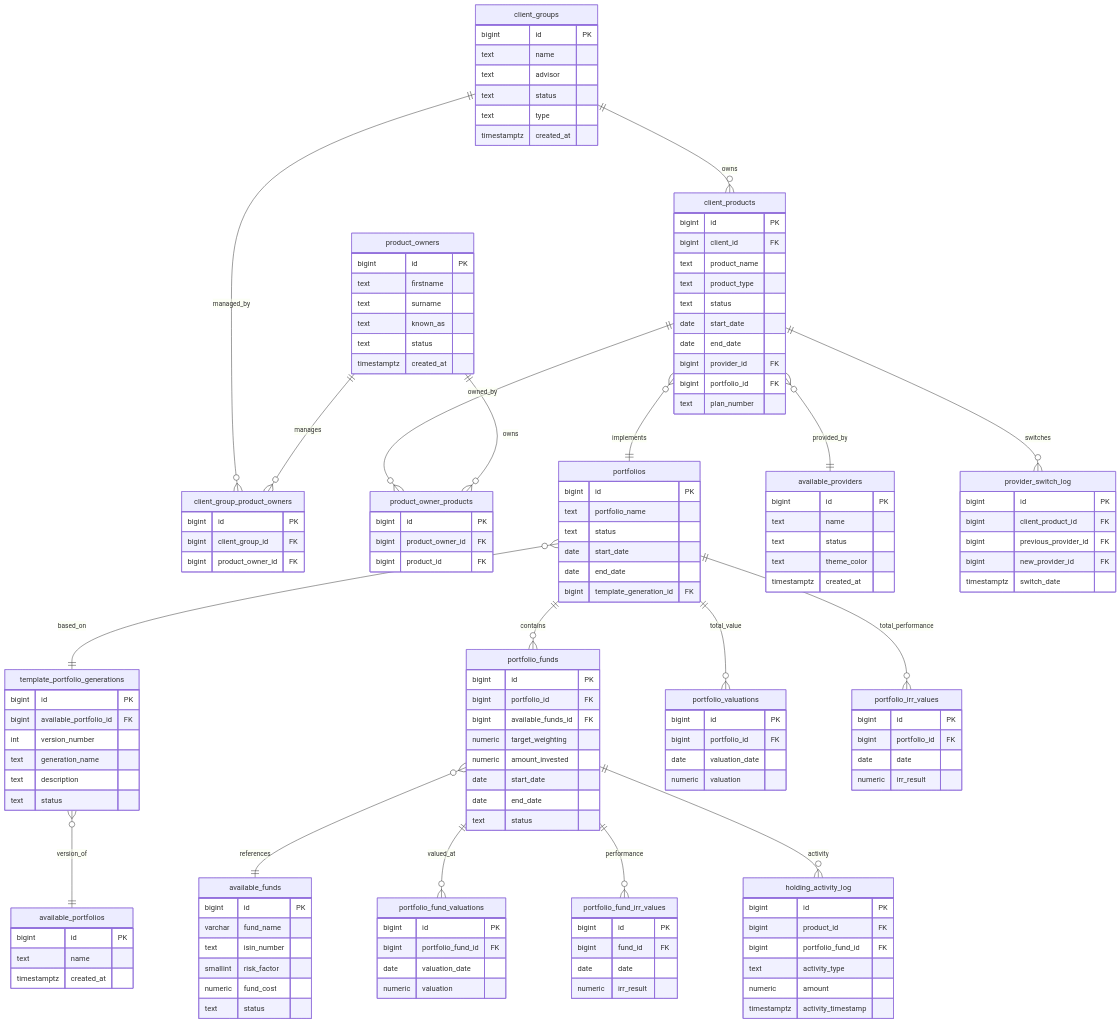
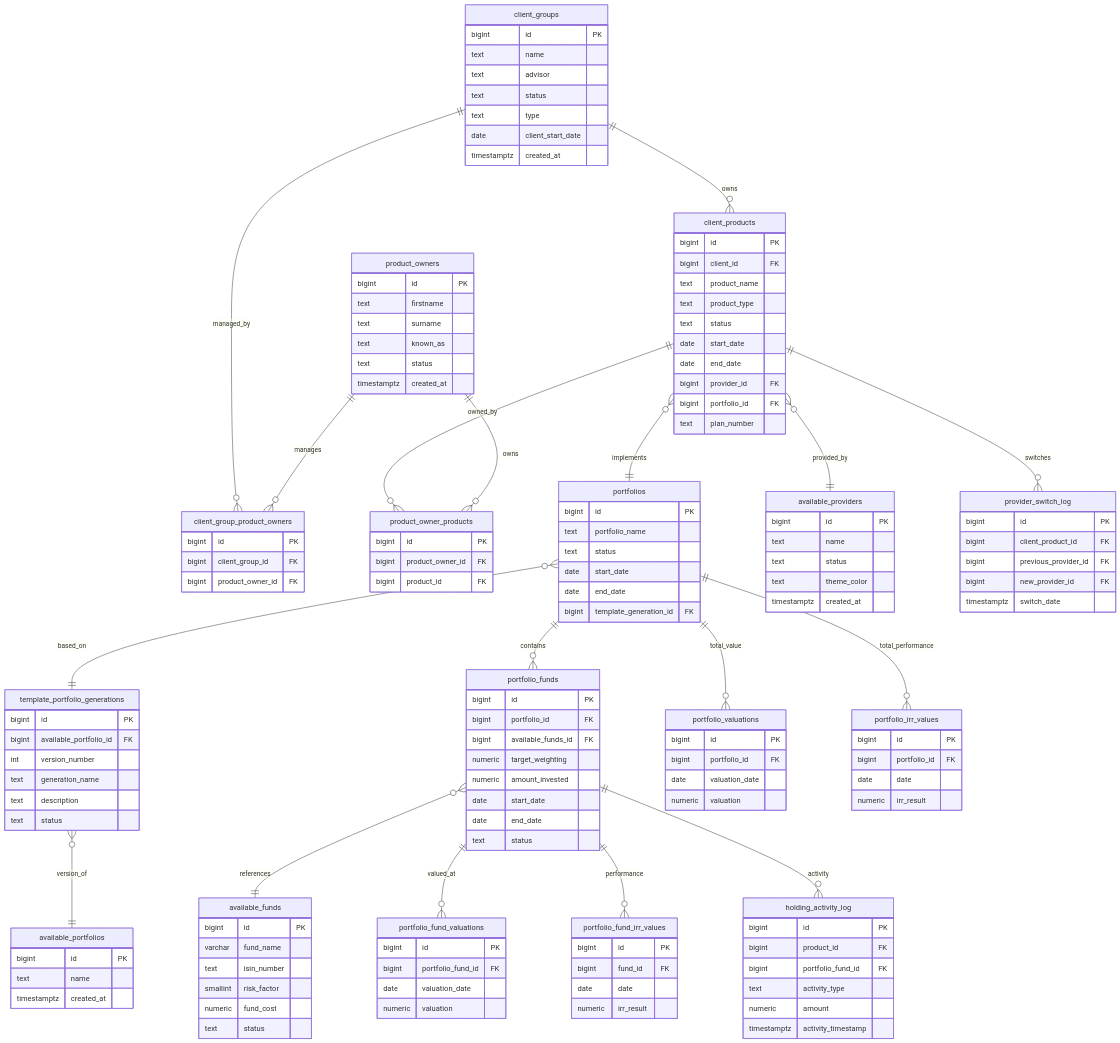
The third of 14 diagrams in docs/09_database/database_analysis_report.md (Animatic-AI-Solutions/kingstons_portal), drawn with Mermaid before and after one commit. The commit also changed 27 other files, not shown here.

```diff
--- a/docs/09_database/database_analysis_report.md
+++ b/docs/09_database/database_analysis_report.md
@@ -105,6 +105,7 @@
         text advisor
         text status
         text type
+        date client_start_date
         timestamptz created_at
     }
     
```
